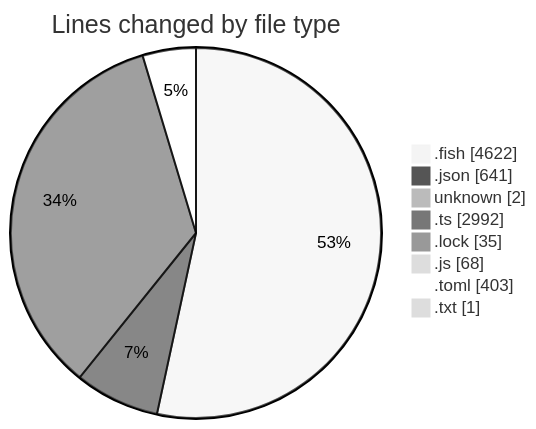
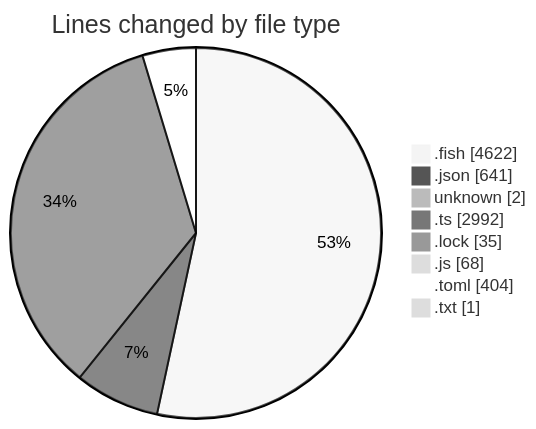
The first of 2 diagrams in 2025-07-12/fish/README.md (EIIisD/code-tracking), drawn with Mermaid (neutral theme) before and after one commit. The commit also changed other lines of this file and 1 other file, not shown here.

````diff
--- a/2025-07-12/fish/README.md
+++ b/2025-07-12/fish/README.md
@@ -204,12 +204,12 @@
 ```mermaid
 pie showData
 title Lines changed by file type
 ".fish" : 4622
 ".json" : 641
 "unknown" : 2
 ".ts" : 2992
 ".lock" : 35
 ".js" : 68
-".toml" : 403
+".toml" : 404
 ".txt" : 1
 ```
````
